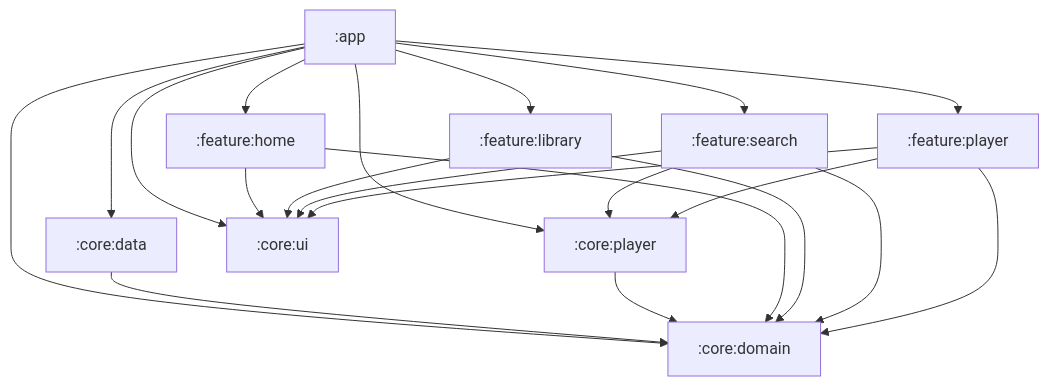
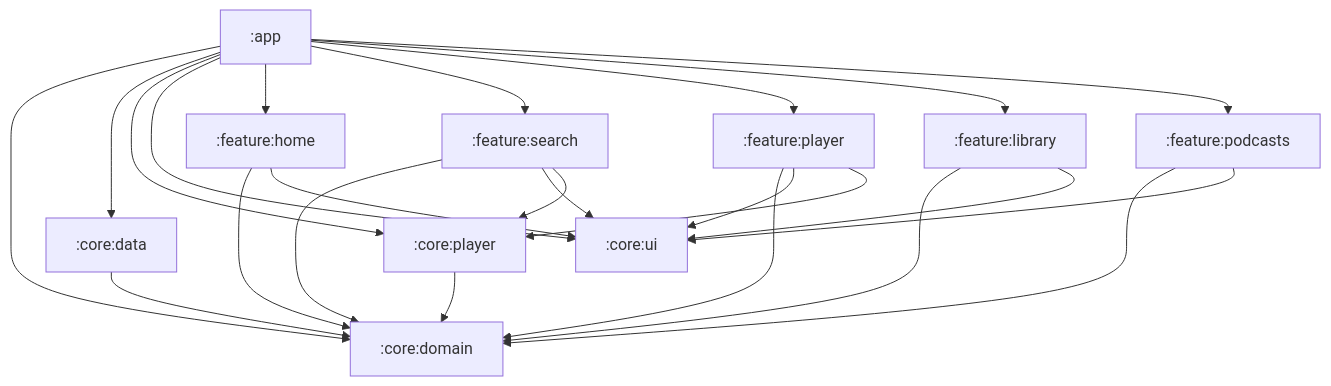
One commit to code-saksham-hash/Resona changed the first of 3 diagrams in ARCHITECTURE.md. Above: the diagram before and after it, drawn with Mermaid. The commit also changed other lines of this file and 36 other files, not shown here.

````diff
--- a/ARCHITECTURE.md
+++ b/ARCHITECTURE.md
@@ -9,25 +9,28 @@
 ```mermaid
 graph TD
     app[":app"] --> core_domain[":core:domain"]
     app --> core_data[":core:data"]
     app --> core_player[":core:player"]
     app --> core_ui[":core:ui"]
     app --> feature_home[":feature:home"]
     app --> feature_search[":feature:search"]
     app --> feature_player[":feature:player"]
     app --> feature_library[":feature:library"]
+    app --> feature_podcasts[":feature:podcasts"]
 
     core_data --> core_domain
     core_player --> core_domain
 
     feature_home --> core_domain
     feature_home --> core_ui
     feature_library --> core_domain
     feature_library --> core_ui
+    feature_podcasts --> core_domain
+    feature_podcasts --> core_ui
     feature_search --> core_domain
     feature_search --> core_ui
     feature_search --> core_player
     feature_player --> core_domain
     feature_player --> core_ui
     feature_player --> core_player
 ```
````
